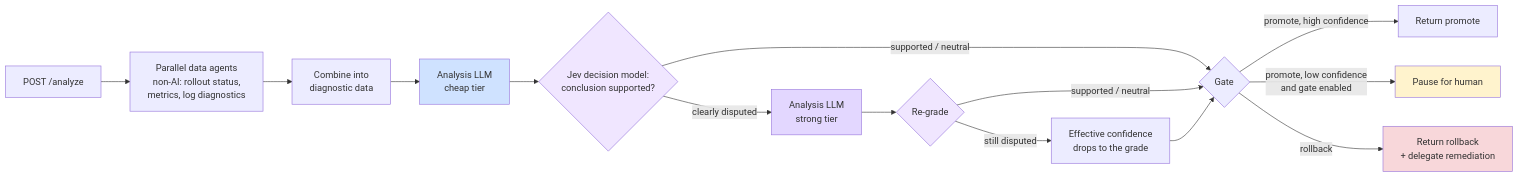
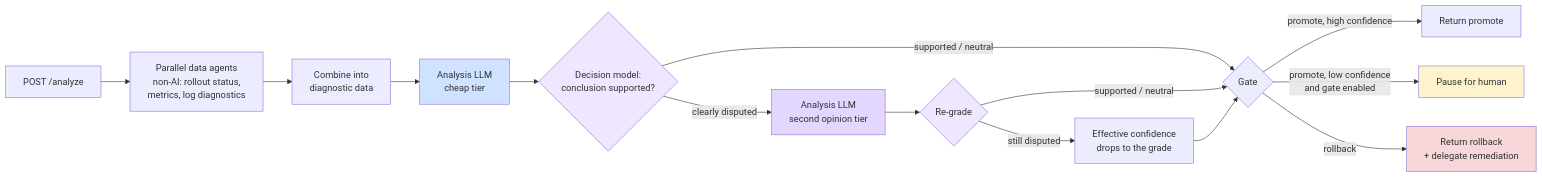
One commit to argoproj-labs/rollouts-plugin-metric-ai changed the third of 3 diagrams in ARCHITECTURE.md. Above: the diagram before and after it, drawn with Mermaid. The commit also changed other lines of this file and 3 other files, not shown here.

````diff
--- a/ARCHITECTURE.md
+++ b/ARCHITECTURE.md
@@ -169,23 +169,23 @@
 ```mermaid
 flowchart LR
     Req[POST /analyze] --> Data[Parallel data agents<br/>non-AI: rollout status,<br/>metrics, log diagnostics]
     Data --> Combine[Combine into<br/>diagnostic data]
     Combine --> T1[Analysis LLM<br/>cheap tier]
-    T1 --> Grade{Jev decision model:<br/>conclusion supported?}
-    Grade -->|clearly disputed| T2[Analysis LLM<br/>strong tier]
+    T1 --> Grade{Decision model:<br/>conclusion supported?}
+    Grade -->|clearly disputed| T2[Analysis LLM<br/>second opinion tier]
     T2 --> Grade2{Re-grade}
     Grade -->|supported / neutral| Decide
     Grade2 -->|supported / neutral| Decide
     Grade2 -->|still disputed| Low[Effective confidence<br/>drops to the grade]
     Low --> Decide{Gate}
     Decide -->|promote, high confidence| OK[Return promote]
     Decide -->|promote, low confidence<br/>and gate enabled| Pause[Pause for human]
     Decide -->|rollback| Roll[Return rollback<br/>+ delegate remediation]
     
     style T1 fill:#cfe2ff
     style T2 fill:#e3d7ff
     style Grade fill:#f0e6ff
     style Grade2 fill:#f0e6ff
     style Pause fill:#fff3cd
     style Roll fill:#f8d7da
 ```
````
